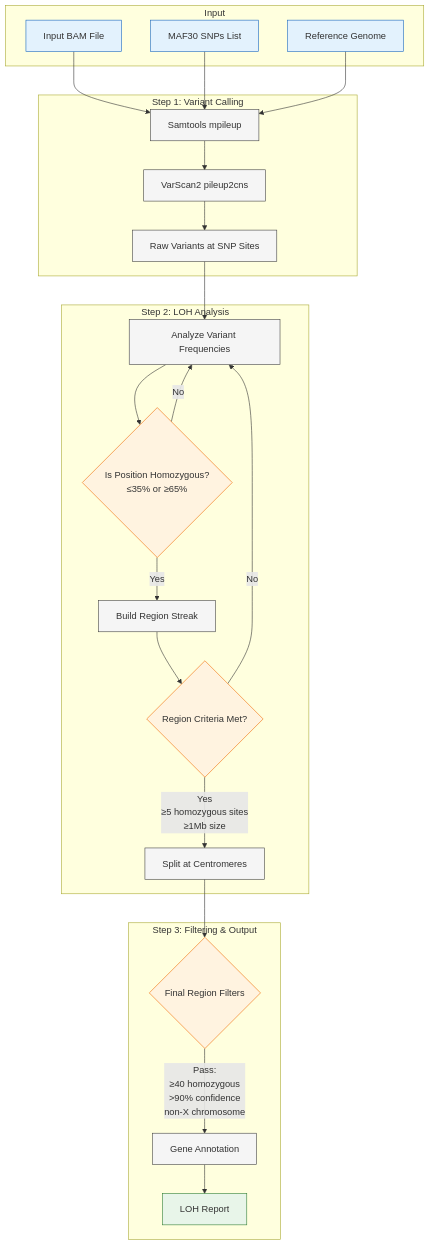
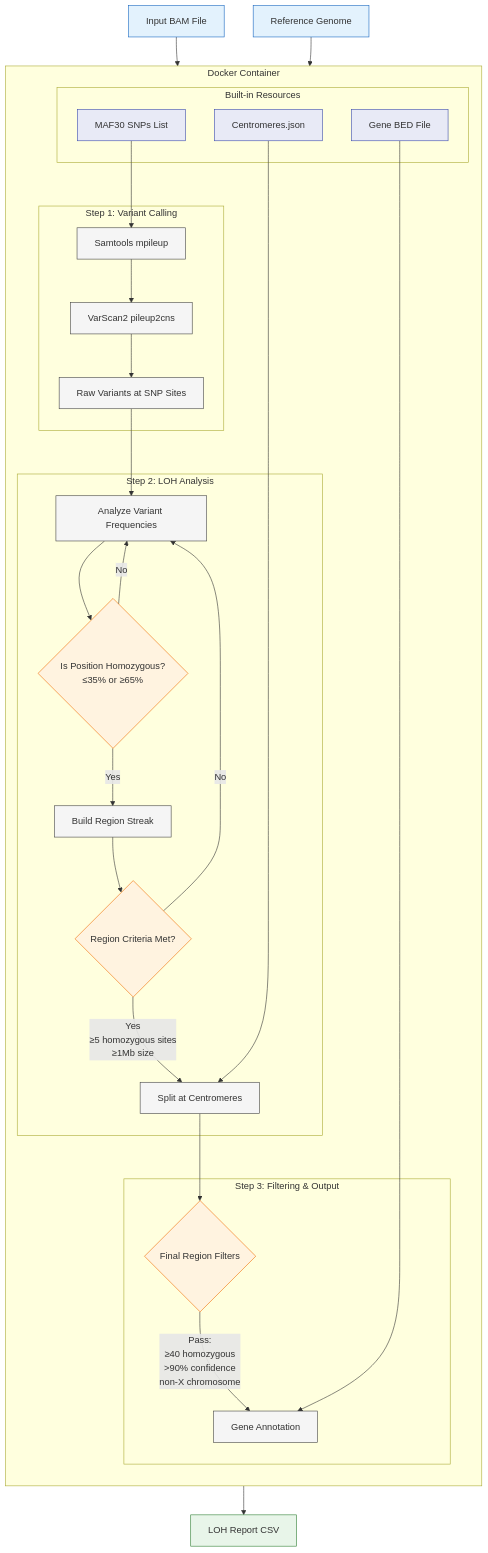
One commit to g-pyxl/siLOH changed the diagram in README.md. Above: the diagram before and after it, drawn with Mermaid.

Commit message:
Better README flow

````diff
--- a/README.md
+++ b/README.md
@@ -9,54 +9,73 @@
 ```mermaid
 flowchart TD
-    subgraph Input
-        A[Input BAM File]
-        B[MAF30 SNPs List]
-        C[Reference Genome]
+    %% External inputs
+    A[Input BAM File]
+    C[Reference Genome]
+    
+    subgraph "Docker Container"
+        direction TB
+        
+        subgraph "Built-in Resources"
+            B[MAF30 SNPs List]
+            cent[Centromeres.json]
+            bed[Gene BED File]
+        end
+
+        subgraph "Step 1: Variant Calling"
+            D[Samtools mpileup]
+            E[VarScan2 pileup2cns]
+            F[Raw Variants at SNP Sites]
+        end
+
+        subgraph "Step 2: LOH Analysis"
+            G[Analyze Variant Frequencies]
+            H{Is Position Homozygous?<br/>≤35% or ≥65%}
+            I[Build Region Streak]
+            J{Region Criteria Met?}
+            K[Split at Centromeres]
+        end
+
+        subgraph "Step 3: Filtering & Output"
+            L{Final Region Filters}
+            M[Gene Annotation]
+        end
     end
+    
+    %% Output file
+    N[LOH Report CSV]
 
-    subgraph "Step 1: Variant Calling"
-        D[Samtools mpileup]
-        E[VarScan2 pileup2cns]
-        F[Raw Variants at SNP Sites]
-    end
-
-    subgraph "Step 2: LOH Analysis"
-        G[Analyze Variant Frequencies]
-        H{Is Position Homozygous?<br/>≤35% or ≥65%}
-        I[Build Region Streak]
-        J{Region Criteria Met?}
-        K[Split at Centromeres]
-    end
-
-    subgraph "Step 3: Filtering & Output"
-        L{Final Region Filters}
-        M[Gene Annotation]
-        N[LOH Report]
-    end
-
-    %% Connections
-    A & B & C --> D
+    %% Connections outside Docker
+    A --> D
+    C --> D
+    M --> N
+    
+    %% Connections inside Docker
+    B --> D
     D --> E
     E --> F
     F --> G
     G --> H
     H -->|Yes| I
     H -->|No| G
     I --> J
     J -->|No| G
     J -->|"Yes<br/>≥5 homozygous sites<br/>≥1Mb size"| K
     K --> L
+    cent --> K
     L -->|"Pass:<br/>≥40 homozygous<br/>>90% confidence<br/>non-X chromosome"| M
-    M --> N
+    bed --> M
 
     %% Styling
     classDef input fill:#e3f2fd,stroke:#1565c0
+    classDef docker fill:#f5f5f5,stroke:#424242,stroke-width:2px
+    classDef resource fill:#e8eaf6,stroke:#3949ab
     classDef process fill:#f5f5f5,stroke:#424242
     classDef decision fill:#fff3e0,stroke:#ef6c00
     classDef output fill:#e8f5e9,stroke:#2e7d32
 
-    class A,B,C input
+    class A,C input
+    class B,cent,bed resource
     class D,E,F,G,I,K,M process
     class H,J,L decision
     class N output
 ```
````
